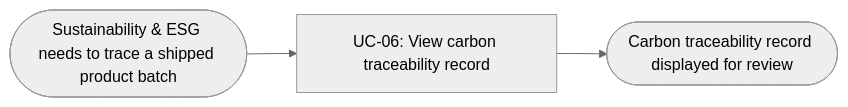
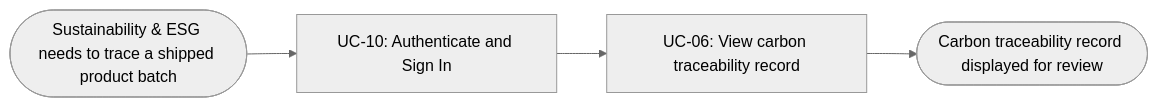
One commit to vankhanhnh-bag/HPDQ-CBAM-system changed the fifth of 12 diagrams in docs/external-design/usage-flow.md. Above: the diagram before and after it, drawn with Mermaid (neutral theme). The commit also changed other lines of this file, not shown here.

Commit message:
usage-flow.md

````diff
--- a/docs/external-design/usage-flow.md
+++ b/docs/external-design/usage-flow.md
@@ -92,7 +82,8 @@
 ```mermaid
 flowchart LR
   A(["Sustainability & ESG needs to trace a shipped product batch"])
-  U1["UC-06: View carbon traceability record"]
+  U1["UC-10: Authenticate and Sign In"]
+  U2["UC-06: View carbon traceability record"]
   Z(["Carbon traceability record displayed for review"])
-  A --> U1 --> Z
+  A --> U1 --> U2 --> Z
 ```
````
